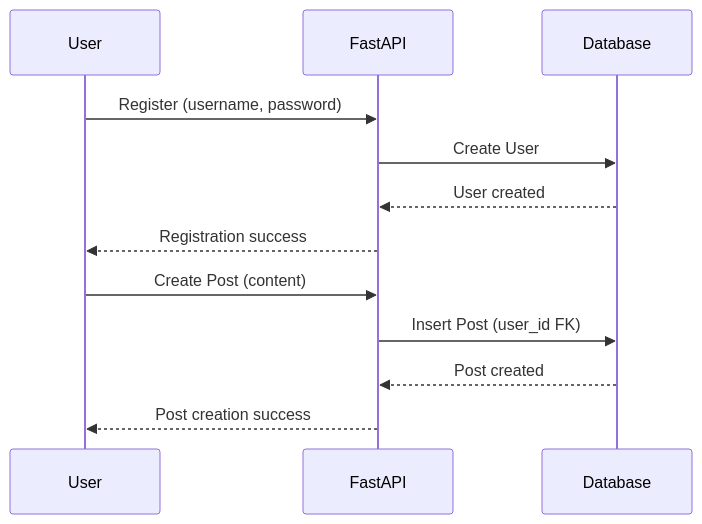
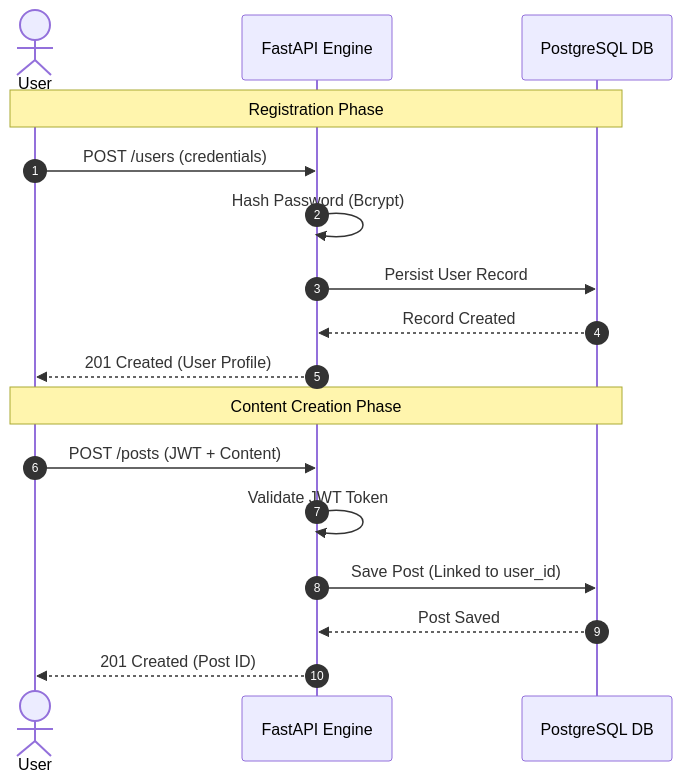
Before and after one commit to wesleymadike-1/FastApi-project: the third of 4 diagrams in README.md, drawn with Mermaid. The commit also changed other lines of this file, not shown here.

````diff
--- a/README.md
+++ b/README.md
@@ -267,16 +346,21 @@
 ```mermaid
 sequenceDiagram
-        participant User
-        participant FastAPI
-        participant Database
+    autonumber
+    actor U as User
+    participant A as FastAPI Engine
+    participant D as PostgreSQL DB
 
-        User->>FastAPI: Register (username, password)
-        FastAPI->>Database: Create User
-        Database-->>FastAPI: User created
-        FastAPI-->>User: Registration success
+    Note over U, D: Registration Phase
+    U->>A: POST /users (credentials)
+    A->>A: Hash Password (Bcrypt)
+    A->>D: Persist User Record
+    D-->>A: Record Created
+    A-->>U: 201 Created (User Profile)
 
-        User->>FastAPI: Create Post (content)
-        FastAPI->>Database: Insert Post (user_id FK)
-        Database-->>FastAPI: Post created
-        FastAPI-->>User: Post creation success
+    Note over U, D: Content Creation Phase
+    U->>A: POST /posts (JWT + Content)
+    A->>A: Validate JWT Token
+    A->>D: Save Post (Linked to user_id)
+    D-->>A: Post Saved
+    A-->>U: 201 Created (Post ID)
 ```
````
